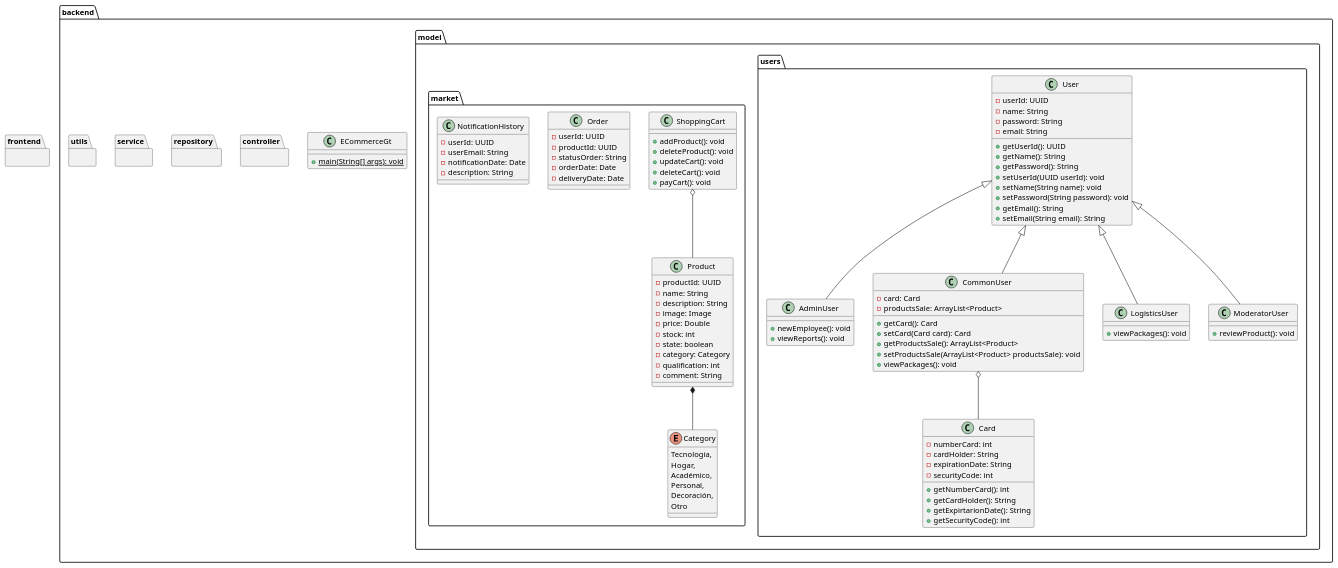
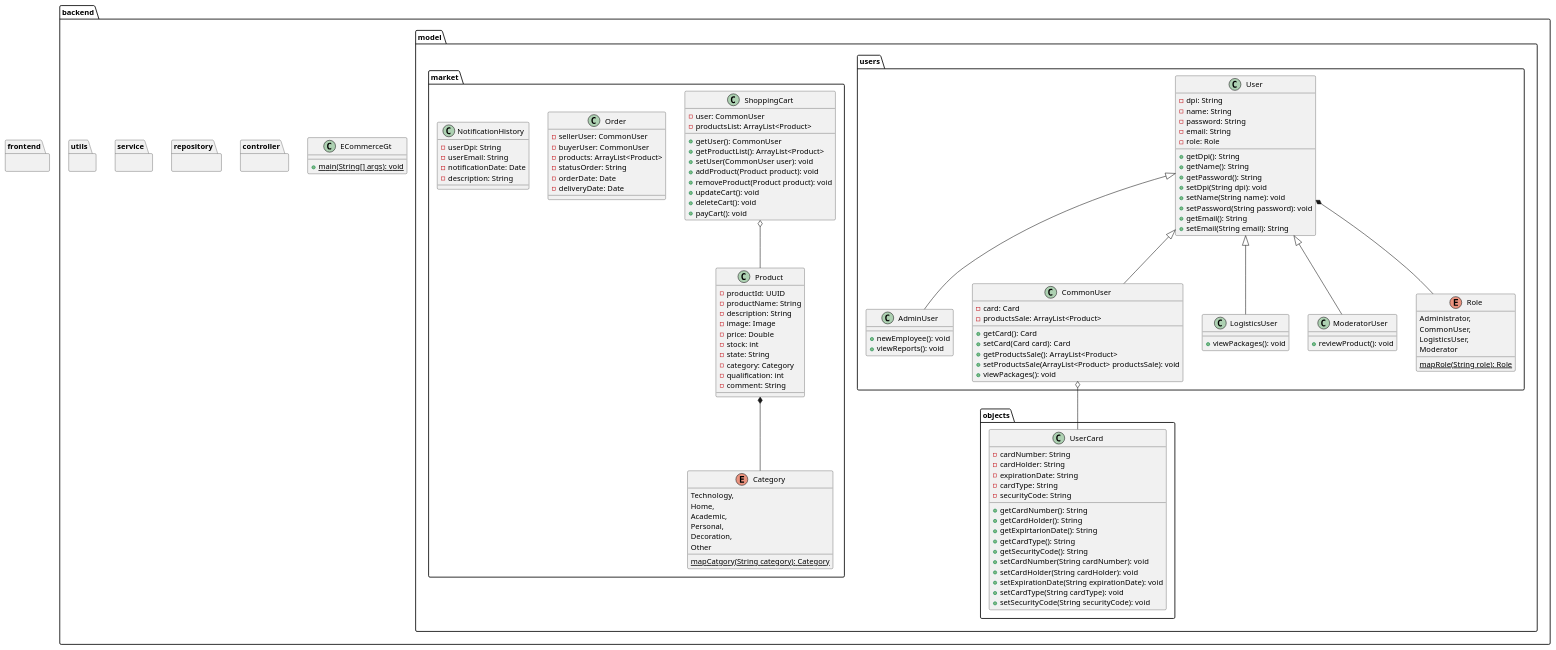
Before and after one commit to MichaelMarinReyes/eCommerce-GT: the diagram in Documentación/Diagrama de clases.wsd, drawn with PlantUML. The commit also changed 23 other files, not shown here.

Commit message:
Corrección de diagramas de la db y funcionando

```diff
--- a/Documentación/Diagrama de clases.wsd
+++ b/Documentación/Diagrama de clases.wsd
@@ -1,137 +1,162 @@
 @startuml eCommerce GT
 package backend {
     package controller {
 
     }
 
     package model {
         package users {
             class AdminUser {
                 + newEmployee(): void
                 + viewReports(): void
             }
 
             class CommonUser {
                 - card: Card
                 - productsSale: ArrayList<Product>
                 + getCard(): Card
                 + setCard(Card card): Card
                 + getProductsSale(): ArrayList<Product>
                 + setProductsSale(ArrayList<Product> productsSale): void
                 + viewPackages(): void
             }
 
             class LogisticsUser {
                 + viewPackages(): void
             }
 
             class ModeratorUser {
                 + reviewProduct(): void
             }
 
+            enum Role {
+                Administrator,
+                CommonUser,
+                LogisticsUser,
+                Moderator
+                {static} mapRole(String role): Role
+            }
+
             class User {
-                - userId: UUID
+                - dpi: String
                 - name: String
                 - password: String
                 - email: String
-                + getUserId(): UUID
+                - role: Role
+                + getDpi(): String
                 + getName(): String
                 + getPassword(): String
-                + setUserId(UUID userId): void
+                + setDpi(String dpi): void
                 + setName(String name): void
                 + setPassword(String password): void
                 + getEmail(): String
                 + setEmail(String email): String
             }
-
-            class Card {
-                - numberCard: int
-                - cardHolder: String
-                - expirationDate: String
-                - securityCode: int
-                + getNumberCard(): int
-                + getCardHolder(): String
-                + getExpirtarionDate(): String
-                + getSecurityCode(): int
-
-            }
-
-            User <|-- CommonUser
-            User <|-- ModeratorUser
-            User <|-- LogisticsUser
-            User <|-- AdminUser
-            CommonUser o-- Card
         }
 
         package market {
             class Product {
                 - productId: UUID
-                - name: String
+                - productName: String
                 - description: String
                 - image: Image
                 - price: Double
                 - stock: int
-                - state: boolean
+                - state: String
                 - category: Category
                 - qualification: int
                 - comment: String
             }
 
             enum Category {
-                Tecnología,
-                Hogar,
-                Académico,
+                Technology,
+                Home,
+                Academic,
                 Personal,
-                Decoración,
-                Otro
+                Decoration,
+                Other
+                {static} mapCatgory(String category): Category
             }
 
             class ShoppingCart {
-                + addProduct(): void
-                + deleteProduct(): void
+                - user: CommonUser
+                - productsList: ArrayList<Product>
+                + getUser(): CommonUser
+                + getProductList(): ArrayList<Product>
+                + setUser(CommonUser user): void
+                + addProduct(Product product): void
+                + removeProduct(Product product): void
                 + updateCart(): void
                 + deleteCart(): void
                 + payCart(): void
             }
 
             class Order {
-                - userId: UUID
-                - productId: UUID
+                - sellerUser: CommonUser
+                - buyerUser: CommonUser
+                - products: ArrayList<Product>
                 - statusOrder: String
                 - orderDate: Date
                 - deliveryDate: Date
             }
 
             class NotificationHistory {
-                - userId: UUID
+                - userDpi: String
                 - userEmail: String
                 - notificationDate: Date
                 - description: String
             }
 
             Product *-- Category
             ShoppingCart o-- Product
+        }
+
+        package objects {
+            class UserCard {
+                - cardNumber: String
+                - cardHolder: String
+                - expirationDate: String
+                - cardType: String
+                - securityCode: String
+                + getCardNumber(): String
+                + getCardHolder(): String
+                + getExpirtarionDate(): String
+                + getCardType(): String
+                + getSecurityCode(): String
+                + setCardNumber(String cardNumber): void
+                + setCardHolder(String cardHolder): void
+                + setExpirationDate(String expirationDate): void
+                + setCardType(String cardType): void
+                + setSecurityCode(String securityCode): void
+            }
         }
     }
 
     package repository {
 
     }
 
     package service {
 
     }
 
     package utils {
 
     }
 
     class ECommerceGt {
         + {static} main(String[] args): void
     }
 }
 
+User <|-- CommonUser
+User <|-- ModeratorUser
+User <|-- LogisticsUser
+User <|-- AdminUser
+User *-- Role
+CommonUser o-- UserCard
+
 package frontend {
 
 }
 @enduml
```
